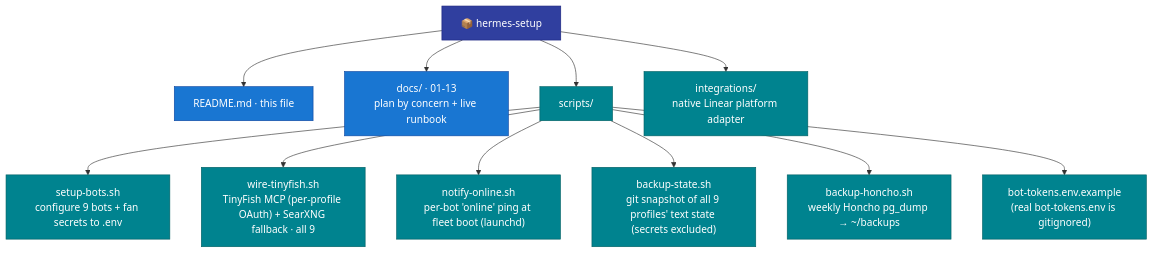
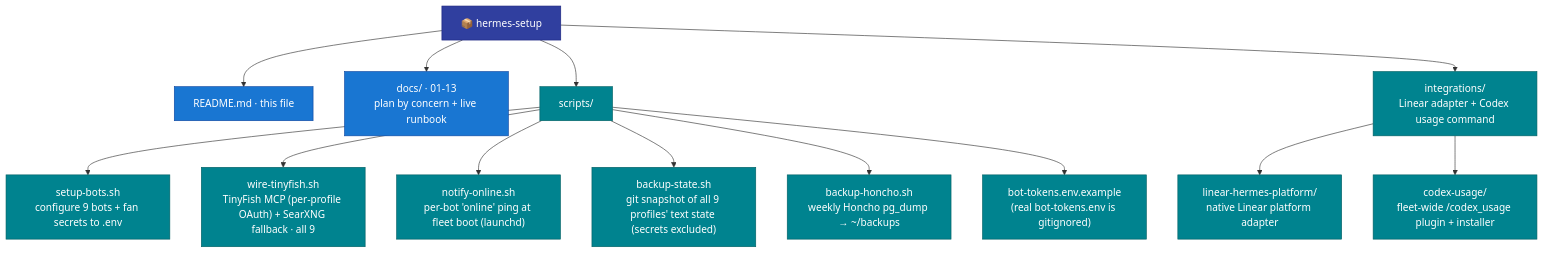
The fifth of 5 diagrams in README.md (mpolatcan/hermes-setup), drawn with Mermaid before and after one commit. The commit also changed other lines of this file and 6 other files, not shown here.

Commit message:
add reproducible codex usage Telegram command

````diff
--- a/README.md
+++ b/README.md
@@ -270,17 +274,19 @@
 ```mermaid
 flowchart TB
     root["📦 hermes-setup"]:::root
     root --> readme["README.md · this file"]:::doc
     root --> docs["docs/ · 01-13<br/>plan by concern + live runbook"]:::doc
     root --> scripts["scripts/"]:::svc
-    root --> integrations["integrations/<br/>native Linear platform adapter"]:::svc
+    root --> integrations["integrations/<br/>Linear adapter + Codex usage command"]:::svc
+    integrations --> lin["linear-hermes-platform/<br/>native Linear platform adapter"]:::svc
+    integrations --> cu["codex-usage/<br/>fleet-wide /codex_usage plugin + installer"]:::svc
     scripts --> sb["setup-bots.sh<br/>configure 9 bots + fan secrets to .env"]:::svc
     scripts --> wt["wire-tinyfish.sh<br/>TinyFish MCP (per-profile OAuth) + SearXNG fallback · all 9"]:::svc
     scripts --> no["notify-online.sh<br/>per-bot 'online' ping at fleet boot (launchd)"]:::svc
     scripts --> bs["backup-state.sh<br/>git snapshot of all 9 profiles' text state (secrets excluded)"]:::svc
     scripts --> bh["backup-honcho.sh<br/>weekly Honcho pg_dump → ~/backups"]:::svc
     scripts --> ex["bot-tokens.env.example<br/>(real bot-tokens.env is gitignored)"]:::svc
     classDef root fill:#303F9F,stroke:#1A237E,color:#fff
     classDef doc fill:#1976D2,stroke:#0D47A1,color:#fff
     classDef svc fill:#00838F,stroke:#006064,color:#fff
 ```
````
